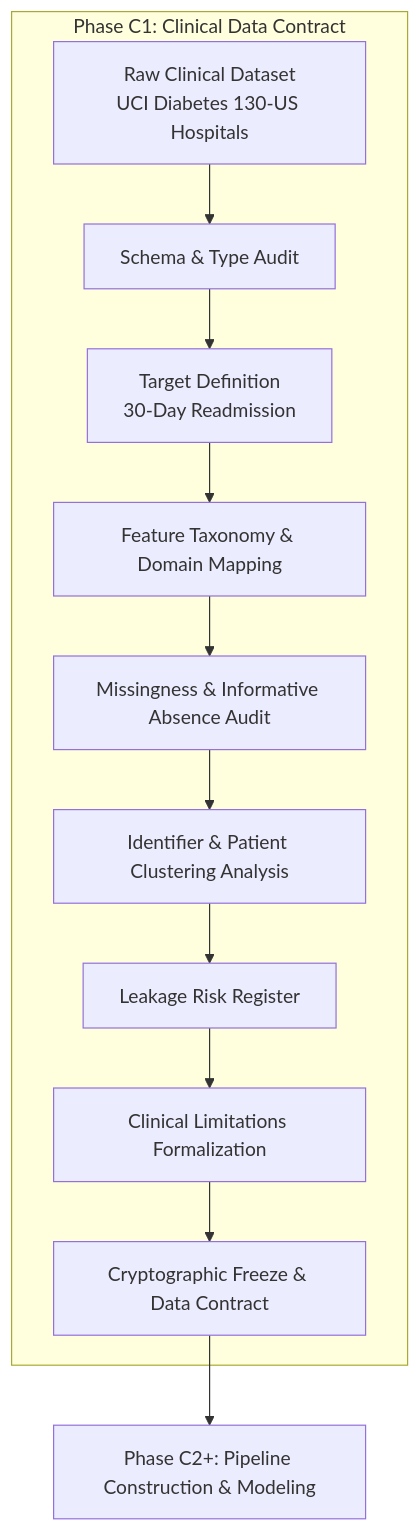
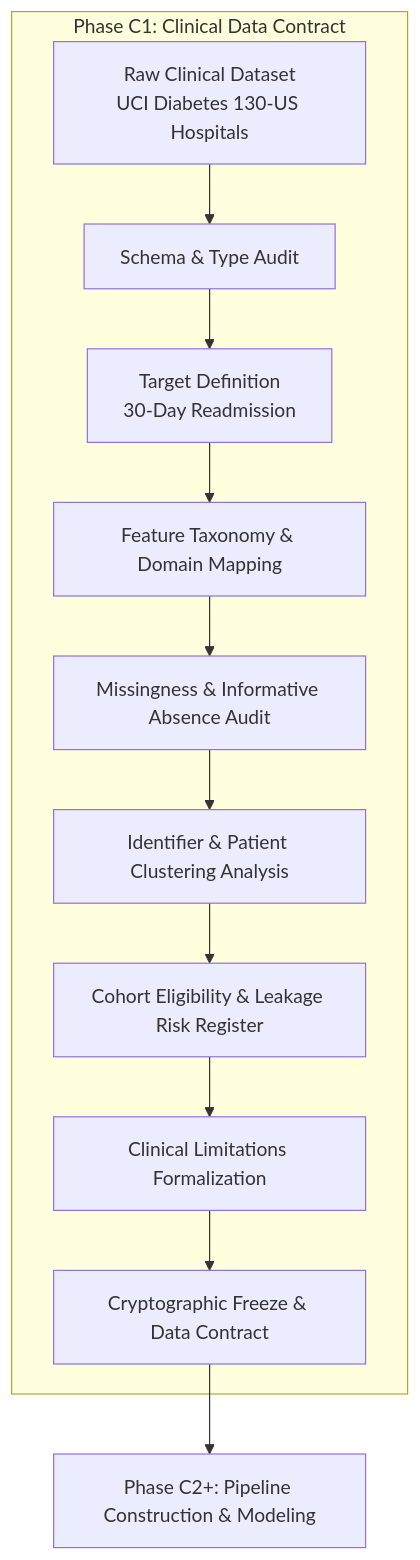
One commit to Dr-Venom29/FusionMedAI changed the diagram in research/clinical/Volume_01_Dataset_Audit/01_introduction.md. Above: the diagram before and after it, drawn with Mermaid. The commit also changed other lines of this file and 25 other files, not shown here.

````diff
--- a/research/clinical/Volume_01_Dataset_Audit/01_introduction.md
+++ b/research/clinical/Volume_01_Dataset_Audit/01_introduction.md
@@ -9,14 +9,14 @@
 ```mermaid
 flowchart TD
     subgraph Phase_C1_Data_Contract [Phase C1: Clinical Data Contract]
         A[Raw Clinical Dataset<br/>UCI Diabetes 130-US Hospitals] --> B[Schema & Type Audit]
         B --> C[Target Definition<br/>30-Day Readmission]
         C --> D[Feature Taxonomy & Domain Mapping]
         D --> E[Missingness & Informative Absence Audit]
         E --> F[Identifier & Patient Clustering Analysis]
-        F --> G[Leakage Risk Register]
+        F --> G[Cohort Eligibility & Leakage Risk Register]
         G --> H[Clinical Limitations Formalization]
         H --> I[Cryptographic Freeze & Data Contract]
     end
     I --> J[Phase C2+: Pipeline Construction & Modeling]
 ```
````
